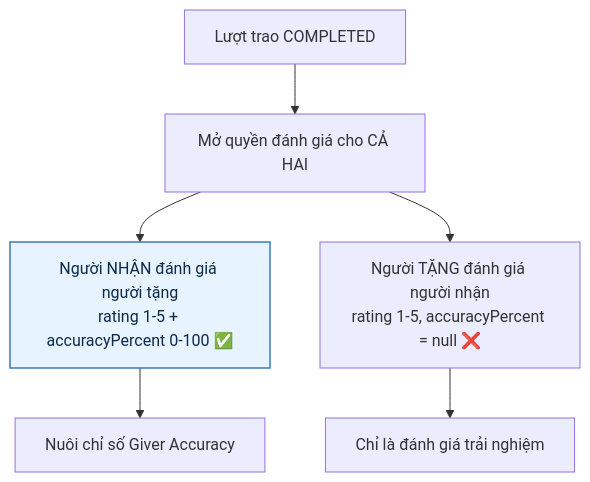
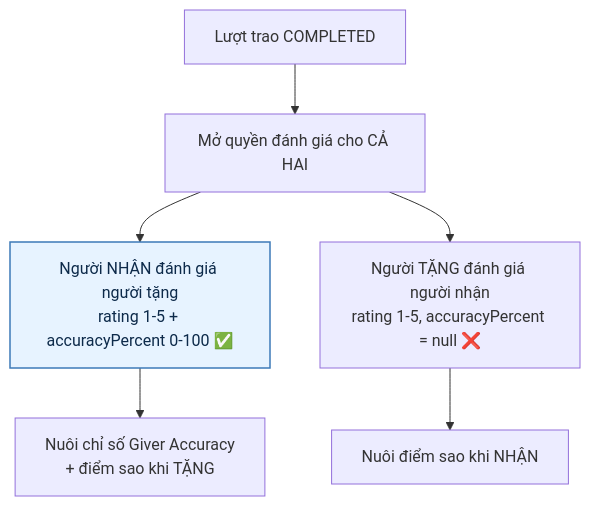
One commit to fdshn/trueheart changed the first of 5 diagrams in docs/diagram/13-review.md. Above: the diagram before and after it, drawn with Mermaid. The commit also changed other lines of this file and 23 other files, not shown here.

````diff
--- a/docs/diagram/13-review.md
+++ b/docs/diagram/13-review.md
@@ -7,11 +7,11 @@
 ```mermaid
 flowchart TD
     A[Lượt trao COMPLETED] --> B[Mở quyền đánh giá cho CẢ HAI]
     B --> C["Người NHẬN đánh giá người tặng<br/>rating 1-5 + accuracyPercent 0-100 ✅"]
     B --> D["Người TẶNG đánh giá người nhận<br/>rating 1-5, accuracyPercent = null ❌"]
 
-    C --> E[Nuôi chỉ số Giver Accuracy]
-    D --> F[Chỉ là đánh giá trải nghiệm]
+    C --> E[Nuôi chỉ số Giver Accuracy<br/>+ điểm sao khi TẶNG]
+    D --> F[Nuôi điểm sao khi NHẬN]
 
     style C fill:#e7f3ff,stroke:#3d7ab8,stroke-width:1.5px,color:#0d2a4a
 ```
````
